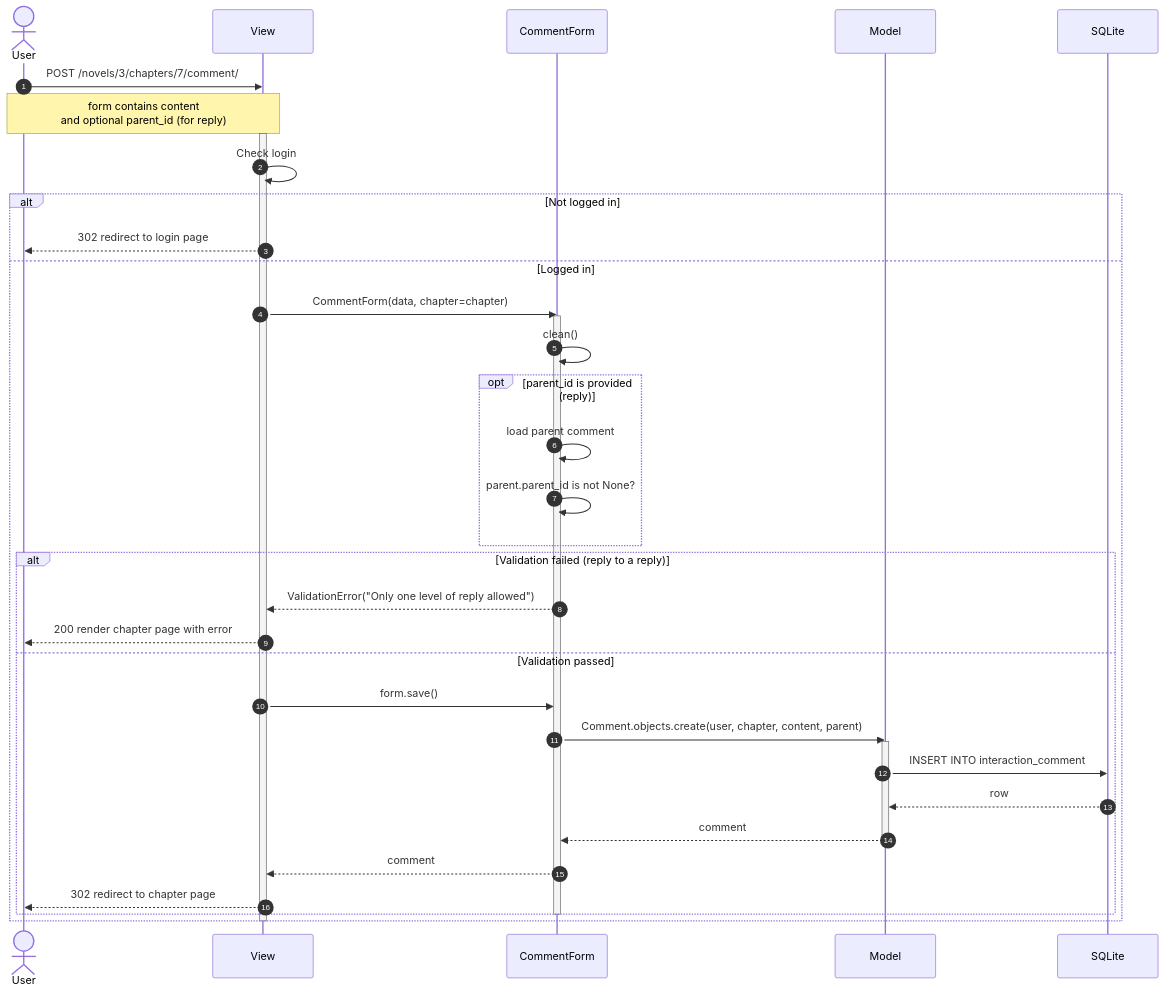
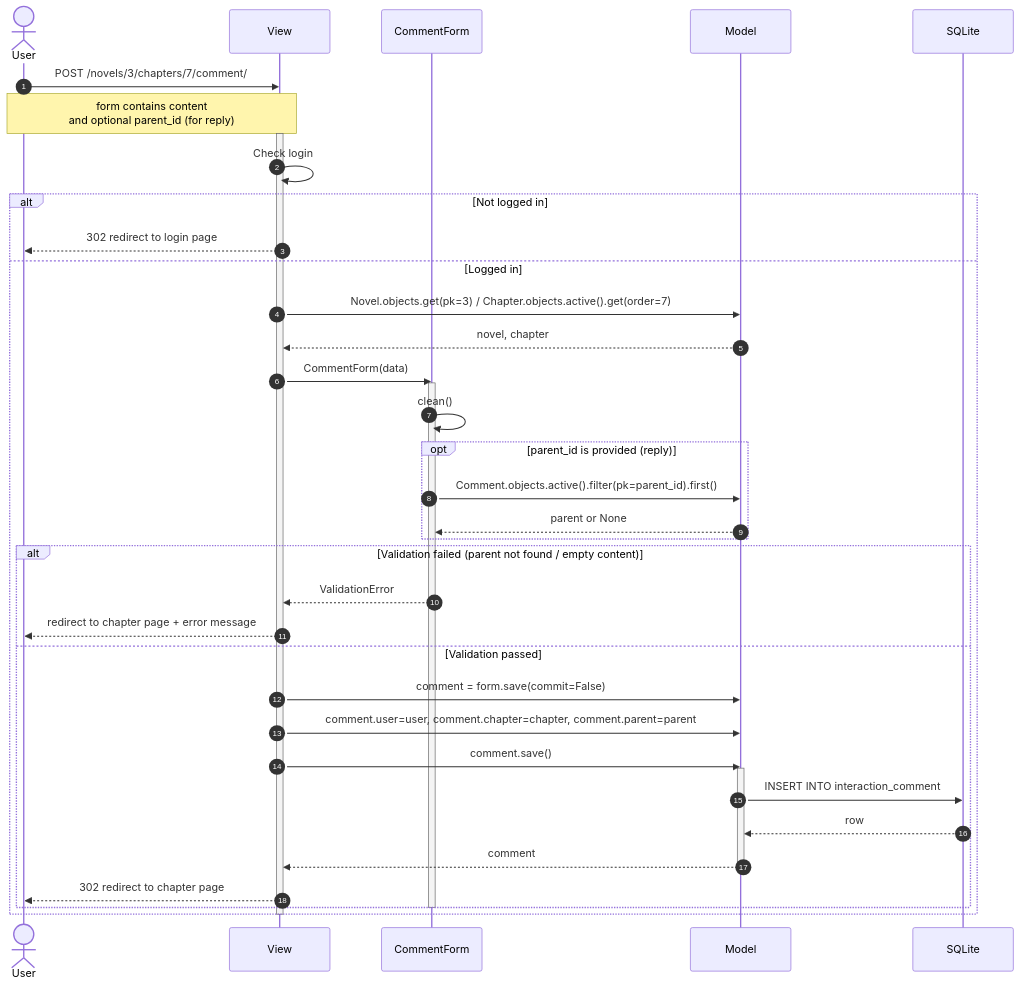
One commit to StrikeAtZeroHour/cs3383-web-novel-platform changed the fourth of 10 diagrams in docs/diagrams/04-sequence.md. Above: the diagram before and after it, drawn with Mermaid. The commit also changed other lines of this file and 11 other files, not shown here.

First line of the commit message:
Fix diagram text corruption and align diagrams with code

````diff
--- a/docs/diagrams/04-sequence.md
+++ b/docs/diagrams/04-sequence.md
@@ -413,44 +406,46 @@
 ```mermaid
 sequenceDiagram
     autonumber
     actor User
     participant V as View
     participant F as CommentForm
     participant M as Model
     participant DB as SQLite
 
     User->>V: POST /novels/3/chapters/7/comment/
     Note over User,V: form contains content<br/>and optional parent_id (for reply)
     activate V
     V->>V: Check login
 
     alt Not logged in
         V-->>User: 302 redirect to login page
     else Logged in
-        V->>F: CommentForm(data, chapter=chapter)
+        V->>M: Novel.objects.get(pk=3) / Chapter.objects.active().get(order=7)
+        M-->>V: novel, chapter
+        V->>F: CommentForm(data)
         activate F
         F->>F: clean()
 
         opt parent_id is provided (reply)
-            F->>F: load parent comment
-            F->>F: parent.parent_id is not None?
+            F->>M: Comment.objects.active().filter(pk=parent_id).first()
+            M-->>F: parent or None
         end
 
-        alt Validation failed (reply to a reply)
-            F-->>V: ValidationError("Only one level of reply allowed")
-            V-->>User: 200 render chapter page with error
+        alt Validation failed (parent not found / empty content)
+            F-->>V: ValidationError
+            V-->>User: redirect to chapter page + error message
         else Validation passed
-            V->>F: form.save()
-            F->>M: Comment.objects.create(user, chapter, content, parent)
+            V->>M: comment = form.save(commit=False)
+            V->>M: comment.user=user, comment.chapter=chapter, comment.parent=parent
+            V->>M: comment.save()
             activate M
             M->>DB: INSERT INTO interaction_comment
             DB-->>M: row
-            M-->>F: comment
+            M-->>V: comment
             deactivate M
-            F-->>V: comment
             V-->>User: 302 redirect to chapter page
         end
         deactivate F
     end
     deactivate V
 ```
````
